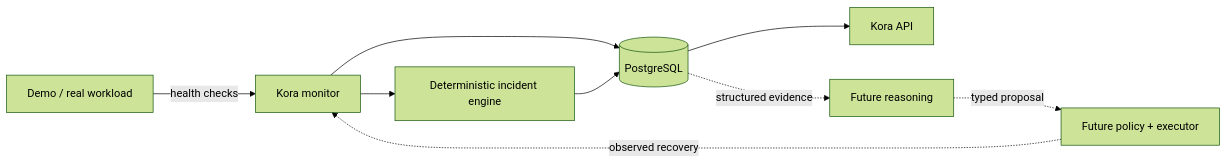
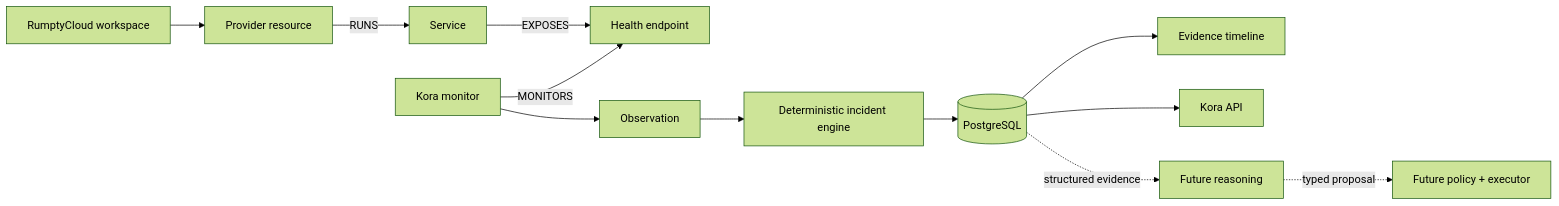
One commit to VictorCyberDev/kora changed the diagram in README.md. Above: the diagram before and after it, drawn with Mermaid (forest theme). The commit also changed other lines of this file, not shown here.

Commit message:
docs: tell the Milestone 2 provider-aware observation story

````diff
--- a/README.md
+++ b/README.md
@@ -13,11 +13,14 @@
 ```mermaid
 flowchart LR
-  W[Demo / real workload] -->|health checks| M[Kora monitor]
-  M --> P[(PostgreSQL)]
-  M --> I[Deterministic incident engine]
-  I --> P
+  RC[RumptyCloud workspace] --> R[Provider resource]
+  R -->|RUNS| S[Service]
+  S -->|EXPOSES| H[Health endpoint]
+  M[Kora monitor] -->|MONITORS| H
+  M --> O[Observation]
+  O --> I[Deterministic incident engine]
+  I --> P[(PostgreSQL)]
+  P --> T[Evidence timeline]
   P --> A[Kora API]
-  P -. structured evidence .-> R[Future reasoning]
-  R -. typed proposal .-> G[Future policy + executor]
-  G -. observed recovery .-> M
+  P -. structured evidence .-> AI[Future reasoning]
+  AI -. typed proposal .-> PE[Future policy + executor]
 ```
````
